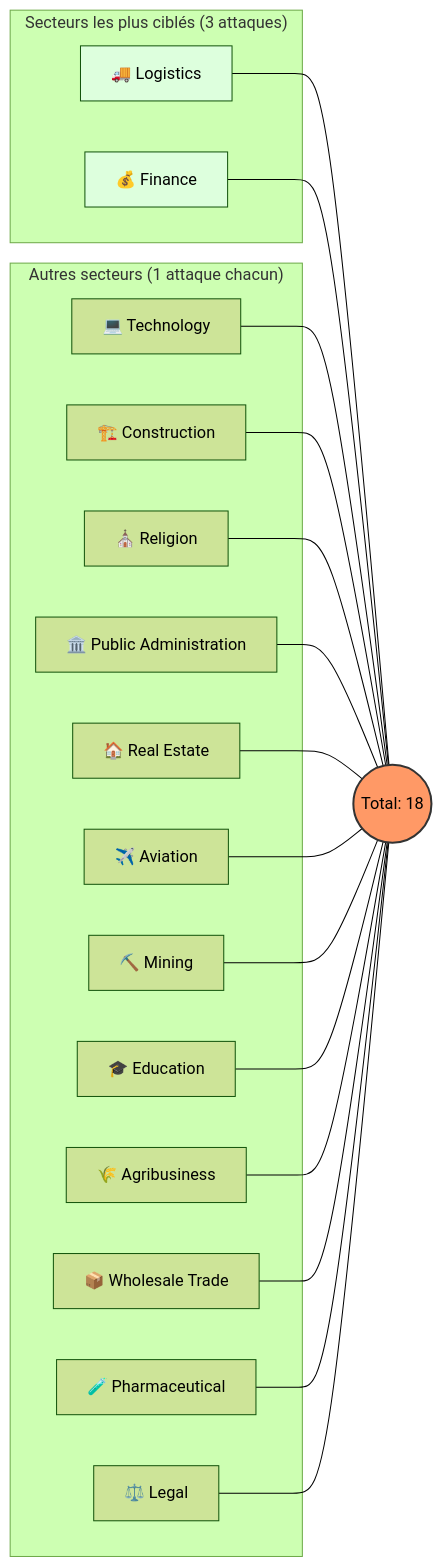
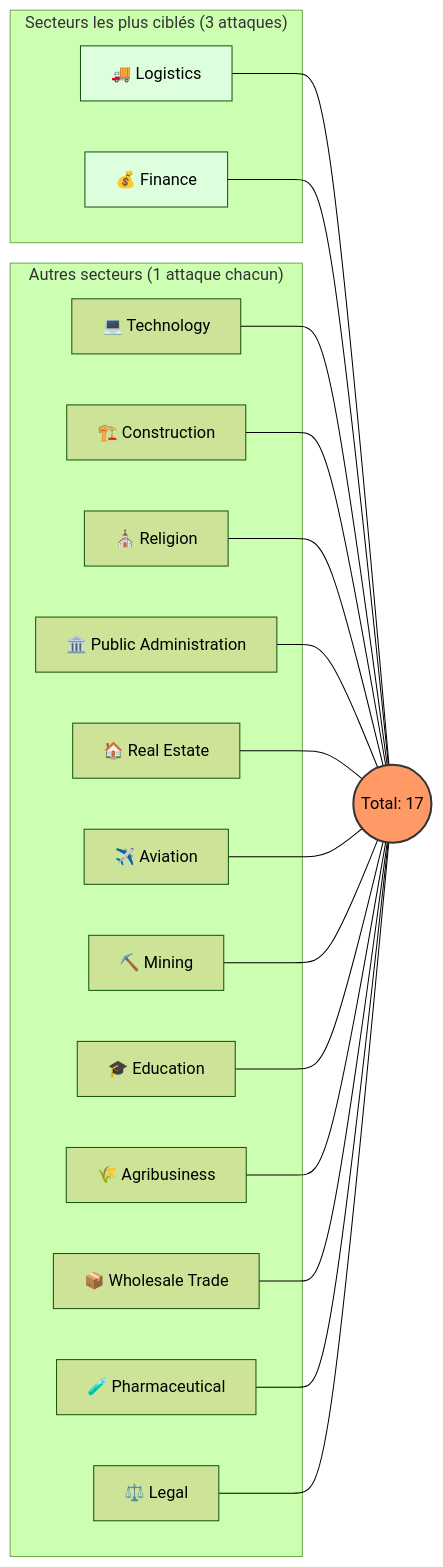
The third of 5 diagrams in reports/2025/10-october/README.md (Hatchepsoute/AFRINTEL), drawn with Mermaid (forest theme) before and after one commit. The commit also changed other lines of this file and 14 other files, not shown here.

````diff
--- a/reports/2025/10-october/README.md
+++ b/reports/2025/10-october/README.md
@@ -107,41 +100,41 @@
 ```mermaid
 graph LR
     subgraph "Secteurs les plus ciblés (3 attaques)"
     L[🚚 Logistics]
     F[💰 Finance]
     end
 
     subgraph "Autres secteurs (1 attaque chacun)"
     T[💻 Technology]
     C[🏗️ Construction]
     R[⛪ Religion]
     A[🏛️ Public Administration]
     RE[🏠 Real Estate]
     AV[✈️ Aviation]
     M[⛏️ Mining]
     E[🎓 Education]
     AG[🌾 Agribusiness]
     W[📦 Wholesale Trade]
     P[🧪 Pharmaceutical]
     J[⚖️ Legal]
     end
 
-    L --- Total((Total: 18))
+    L --- Total((Total: 17))
     F --- Total
     T --- Total
     C --- Total
     R --- Total
     A --- Total
     RE --- Total
     AV --- Total
     M --- Total
     E --- Total
     AG --- Total
     W --- Total
     P --- Total
     J --- Total
 
     style Total fill:#f96,stroke:#333,stroke-width:2px
     style L fill:#dfd
     style F fill:#dfd
 ```
````
